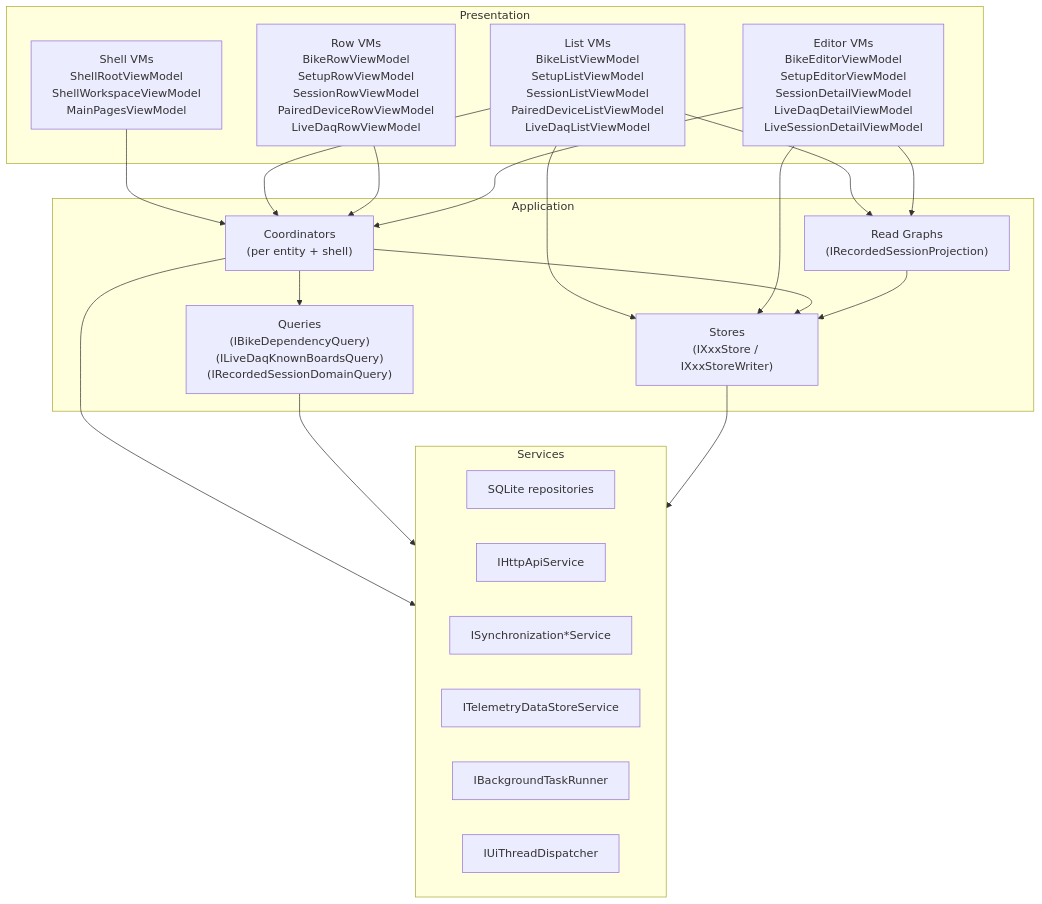
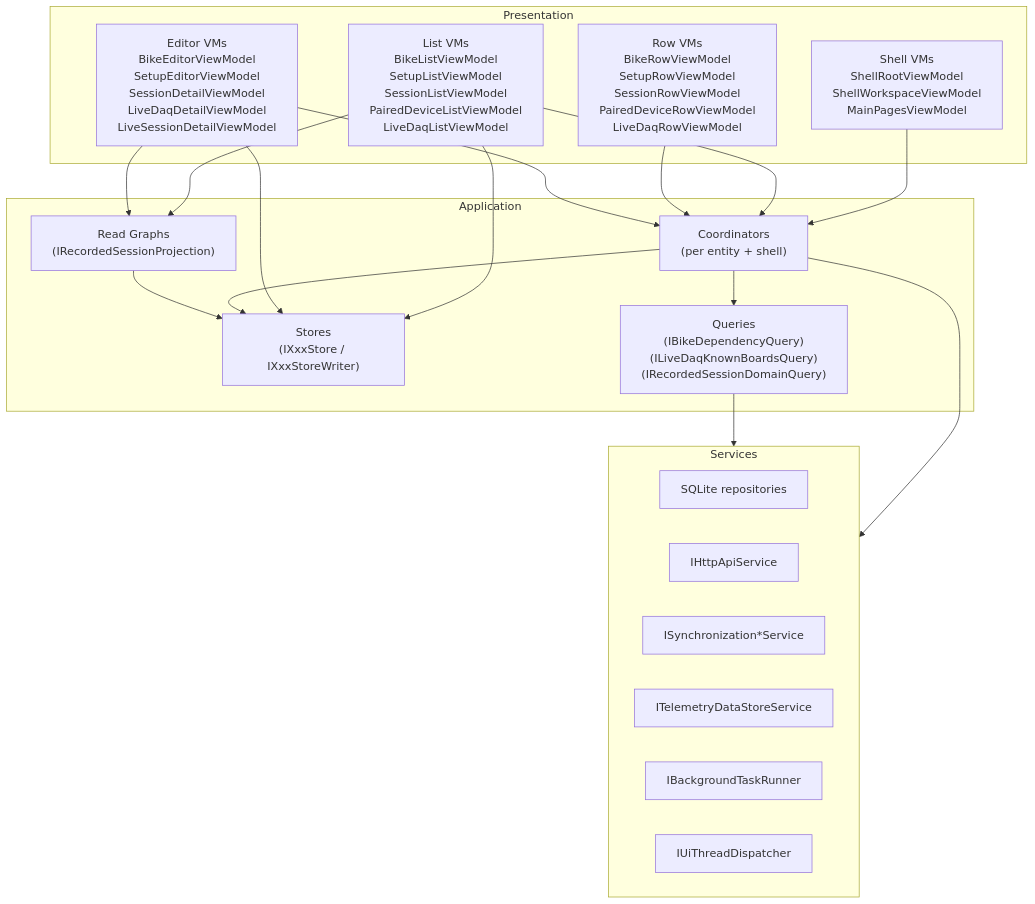
One commit to MoridinBG/Sufni.app changed the diagram in docs/architecture/ui.md. Above: the diagram before and after it, drawn with Mermaid. The commit also changed other lines of this file and 2 other files, not shown here.

Commit message:
Align workflow documentation with publish-only stores

````diff
--- a/docs/architecture/ui.md
+++ b/docs/architecture/ui.md
@@ -68,40 +69,39 @@
 ```mermaid
 graph TB
     subgraph Presentation["Presentation"]
         Shell["Shell VMs<br/>ShellRootViewModel<br/>ShellWorkspaceViewModel<br/>MainPagesViewModel"]
         Lists["List VMs<br/>BikeListViewModel<br/>SetupListViewModel<br/>SessionListViewModel<br/>PairedDeviceListViewModel<br/>LiveDaqListViewModel"]
         Rows["Row VMs<br/>BikeRowViewModel<br/>SetupRowViewModel<br/>SessionRowViewModel<br/>PairedDeviceRowViewModel<br/>LiveDaqRowViewModel"]
         Editors["Editor VMs<br/>BikeEditorViewModel<br/>SetupEditorViewModel<br/>SessionDetailViewModel<br/>LiveDaqDetailViewModel<br/>LiveSessionDetailViewModel"]
     end
 
     subgraph Application["Application"]
         Coords["Coordinators<br/>(per entity + shell)"]
         Stores["Stores<br/>(IXxxStore / IXxxStoreWriter)"]
         Graphs["Read Graphs<br/>(IRecordedSessionProjection)"]
         Queries["Queries<br/>(IBikeDependencyQuery)<br/>(ILiveDaqKnownBoardsQuery)<br/>(IRecordedSessionDomainQuery)"]
     end
 
     subgraph Services["Services"]
         DBSvc["SQLite repositories"]
         HttpSvc["IHttpApiService"]
         SyncSvc["ISynchronization*Service"]
         DSSSvc["ITelemetryDataStoreService"]
         BgSvc["IBackgroundTaskRunner"]
         UiSvc["IUiThreadDispatcher"]
     end
 
     Shell --> Coords
     Lists --> Stores
     Lists --> Graphs
     Lists --> Coords
     Rows --> Coords
     Editors --> Coords
     Editors --> Stores
     Editors --> Graphs
     Coords --> Stores
     Coords --> Queries
     Coords --> Services
     Graphs --> Stores
     Queries --> Services
-    Stores --> Services
 ```
````
